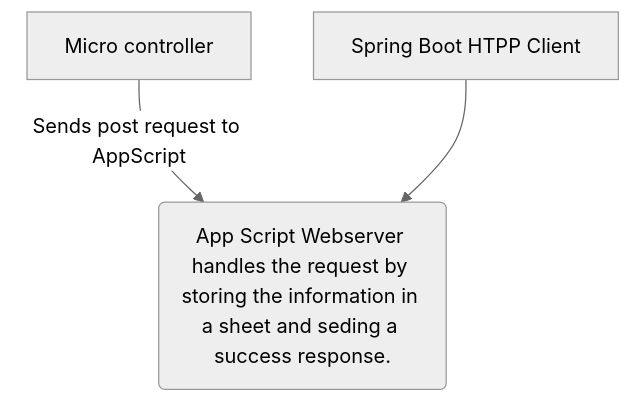
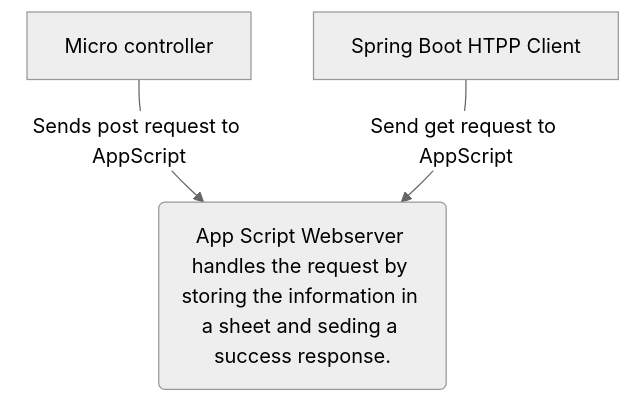
The first of 2 diagrams in README.md (jonss0777/DIY_Sensor), drawn with Mermaid (neutral theme) before and after one commit. The commit also changed other lines of this file, not shown here.

````diff
--- a/README.md
+++ b/README.md
@@ -13,7 +13,7 @@
 ```mermaid
   flowchart TD
     A[Micro controller] -->|Sends post request to AppScript| B(App Script Webserver handles the request by storing the information in a sheet and seding a success response.)
 
-    C[Spring Boot HTPP Client] -->B
+    C[Spring Boot HTPP Client] -->|Send get request to AppScript|B
   
 ```
````
